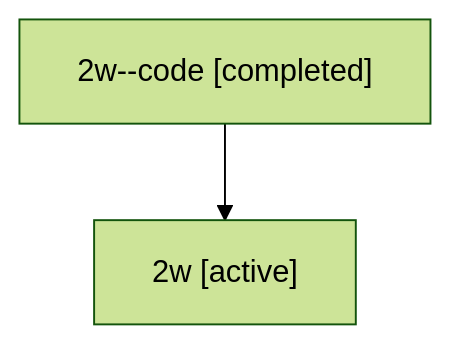
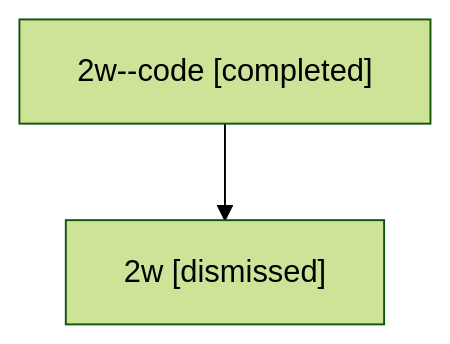
Before and after one commit to sase-org/sase--agents: the diagram in sessions/bbugyi200.athena.2w.md, drawn with Mermaid (forest theme). The commit also changed other lines of this file and 33 other files, not shown here.

````diff
--- a/sessions/bbugyi200.athena.2w.md
+++ b/sessions/bbugyi200.athena.2w.md
@@ -9,6 +9,6 @@
 ```mermaid
 flowchart TD
   n0["2w--code [completed]"]
-  n1["2w [active]"]
+  n1["2w [dismissed]"]
   n0 --> n1
 ```
````
